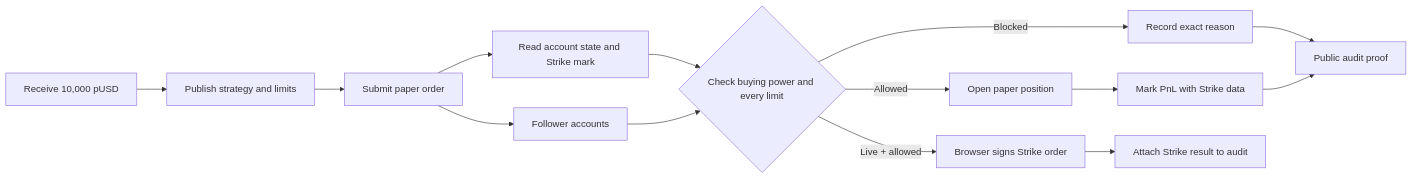
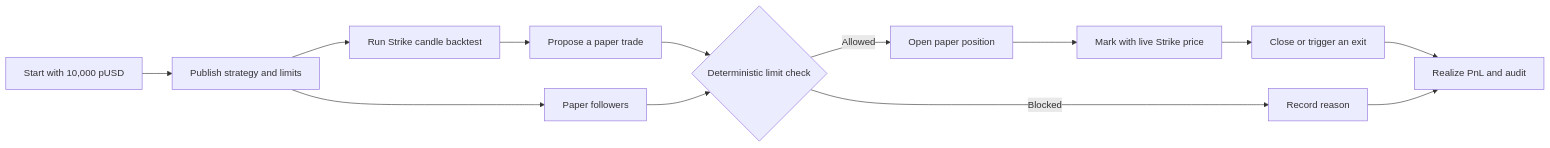
One commit to Datwebguy/Limitleague changed the diagram in README.md. Above: the diagram before and after it, drawn with Mermaid. The commit also changed other lines of this file, not shown here.

````diff
--- a/README.md
+++ b/README.md
@@ -33,16 +33,15 @@
 ```mermaid
 flowchart LR
-    A[Receive 10,000 pUSD] --> B[Publish strategy and limits]
-    B --> C[Submit paper order]
-    C --> D[Read account state and Strike mark]
-    D --> E{Check buying power and every limit}
-    E -->|Allowed| F[Open paper position]
-    E -->|Blocked| G[Record exact reason]
-    F --> H[Mark PnL with Strike data]
-    G --> I[Public audit proof]
-    H --> I
-    C --> J[Follower accounts]
-    J --> E
-    E -->|Live + allowed| K[Browser signs Strike order]
-    K --> L[Attach Strike result to audit]
+  A[Start with 10,000 pUSD] --> B[Publish strategy and limits]
+  B --> C[Run Strike candle backtest]
+  C --> D[Propose a paper trade]
+  D --> E{Deterministic limit check}
+  E -->|Allowed| F[Open paper position]
+  E -->|Blocked| G[Record reason]
+  F --> H[Mark with live Strike price]
+  H --> I[Close or trigger an exit]
+  I --> J[Realize PnL and audit]
+  G --> J
+  B --> K[Paper followers]
+  K --> E
 ```
````
